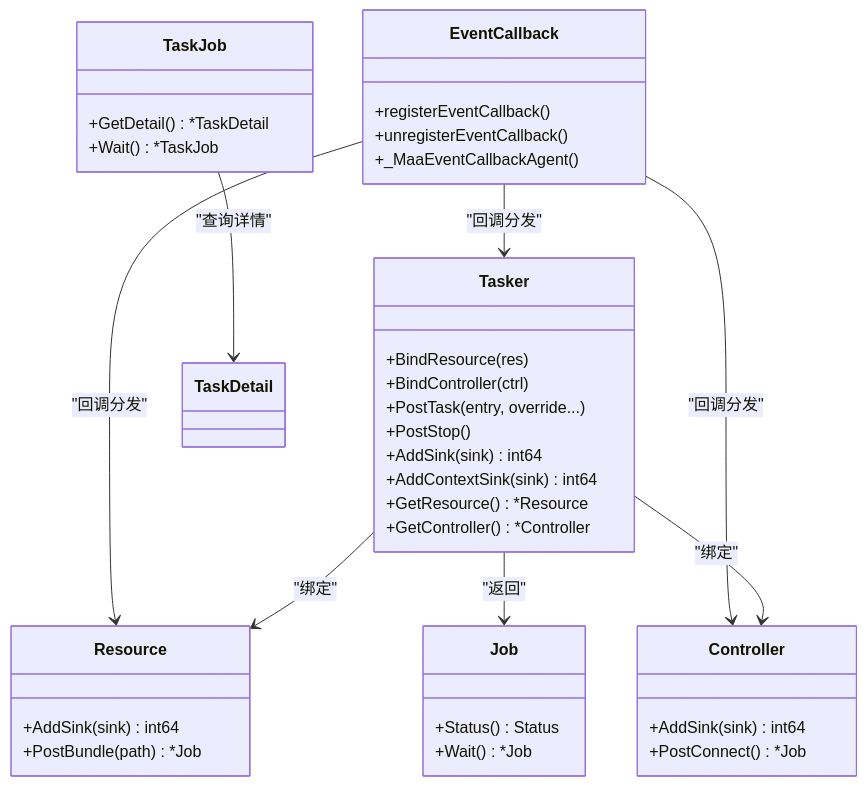
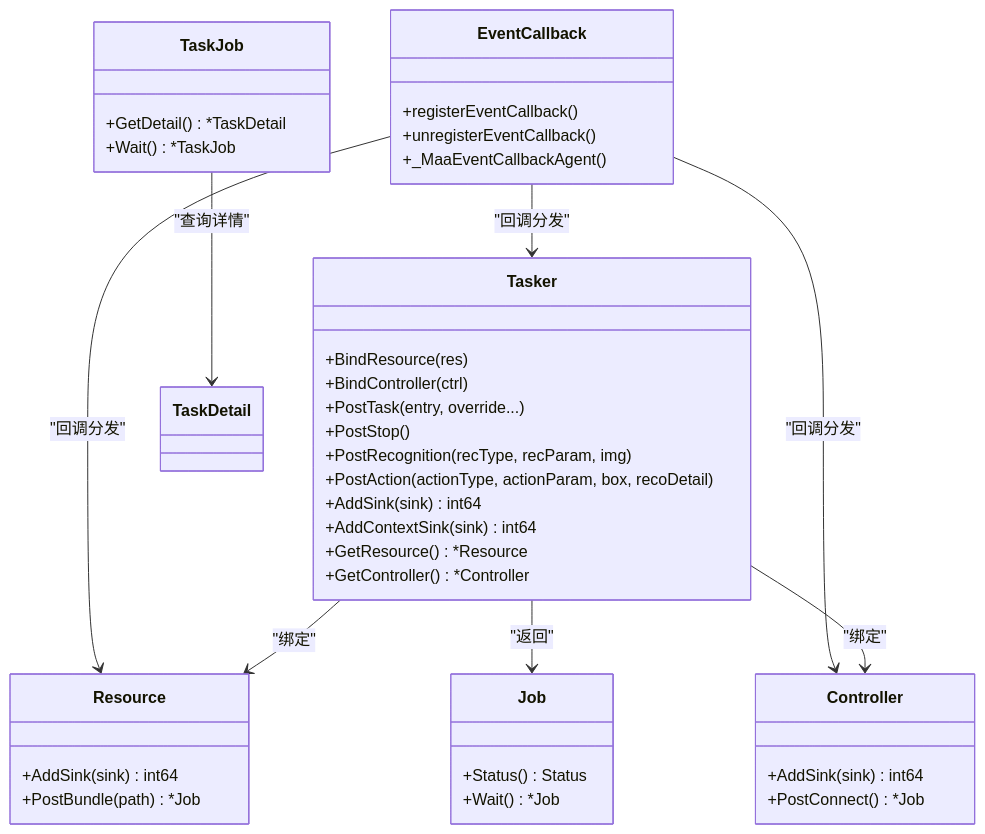
One commit to kqcoxn/MaaPipelineEditor changed the sixth of 7 diagrams in instructions/maafw-golang/核心概念/任务管理器 (Tasker).md. Above: the diagram before and after it, drawn with Mermaid. The commit also changed other lines of this file and 5 other files, not shown here.

````diff
--- a/instructions/maafw-golang/核心概念/任务管理器 (Tasker).md
+++ b/instructions/maafw-golang/核心概念/任务管理器 (Tasker).md
@@ -221,41 +257,43 @@
 ```mermaid
 classDiagram
 class Tasker {
 +BindResource(res)
 +BindController(ctrl)
 +PostTask(entry, override...)
 +PostStop()
++PostRecognition(recType, recParam, img)
++PostAction(actionType, actionParam, box, recoDetail)
 +AddSink(sink) int64
 +AddContextSink(sink) int64
 +GetResource() *Resource
 +GetController() *Controller
 }
 class Resource {
 +AddSink(sink) int64
 +PostBundle(path) *Job
 }
 class Controller {
 +AddSink(sink) int64
 +PostConnect() *Job
 }
 class Job {
 +Status() Status
 +Wait() *Job
 }
 class TaskJob {
 +GetDetail() *TaskDetail
 +Wait() *TaskJob
 }
 class EventCallback {
 +registerEventCallback()
 +unregisterEventCallback()
 +_MaaEventCallbackAgent()
 }
 Tasker --> Resource : "绑定"
 Tasker --> Controller : "绑定"
 Tasker --> Job : "返回"
 TaskJob --> TaskDetail : "查询详情"
 EventCallback --> Tasker : "回调分发"
 EventCallback --> Resource : "回调分发"
 EventCallback --> Controller : "回调分发"
 ```
````
